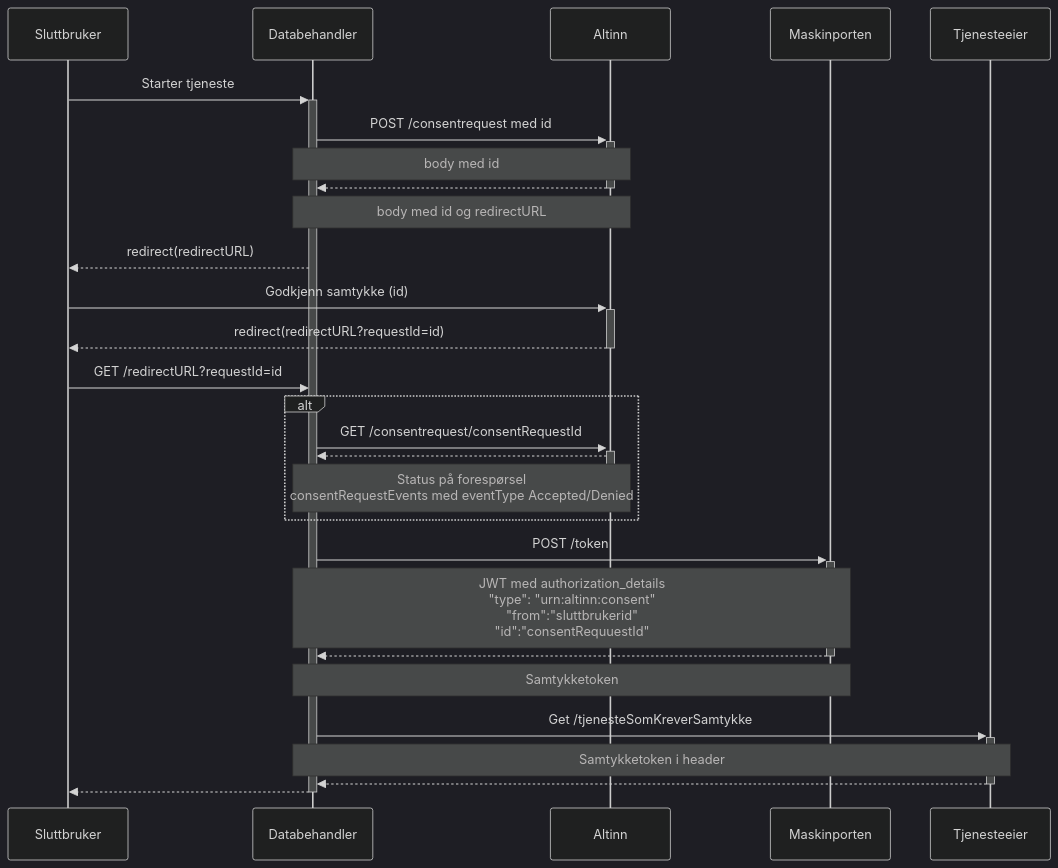
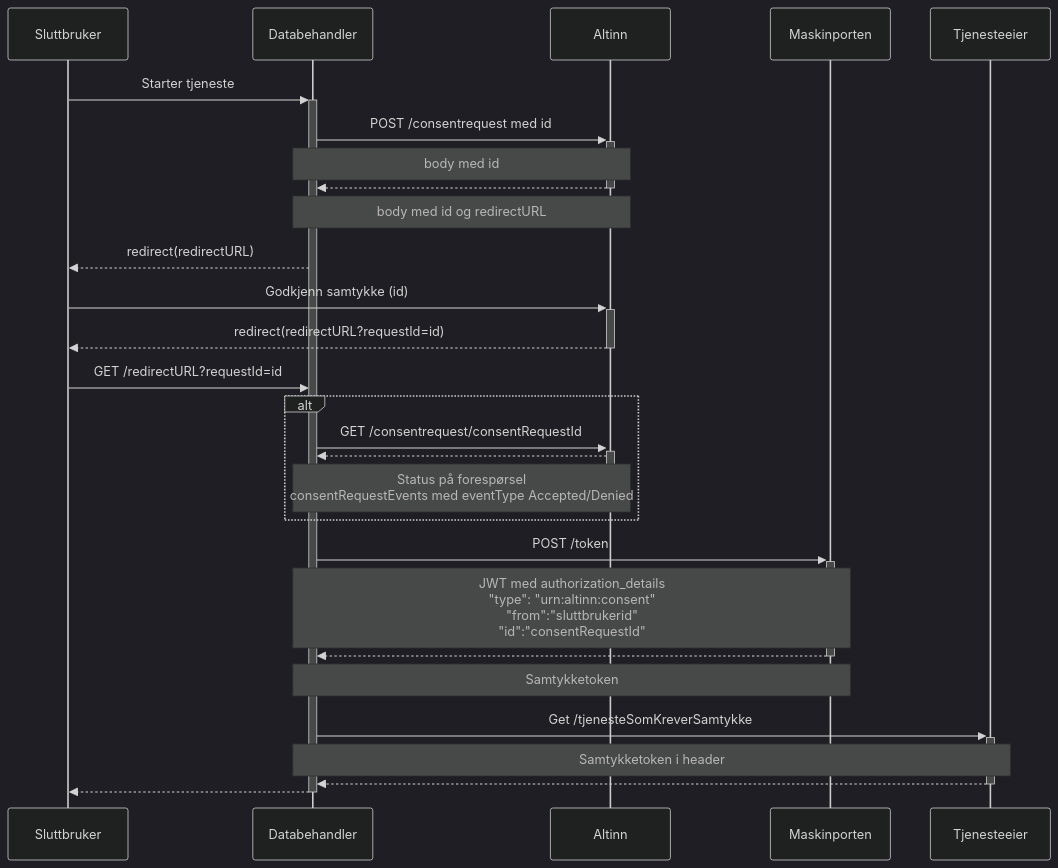
Before and after one commit to Altinn/altinn-studio-docs: the diagram in content/authorization/guides/system-vendor/consent/_index.nb.md, drawn with Mermaid (dark theme).

```diff
--- a/content/authorization/guides/system-vendor/consent/_index.nb.md
+++ b/content/authorization/guides/system-vendor/consent/_index.nb.md
@@ -21,25 +21,25 @@
 {{<mermaid>}}
 sequenceDiagram
 Sluttbruker->>+Databehandler:Starter tjeneste
 Databehandler->>+Altinn: POST /consentrequest med id
 Note over Databehandler,Altinn: body med id
 Altinn-->>-Databehandler:
 Note over Altinn, Databehandler:body med id og redirectURL
 Databehandler-->>Sluttbruker: redirect(redirectURL)
 Sluttbruker ->>+Altinn: Godkjenn samtykke (id)
 Altinn -->>- Sluttbruker: redirect(redirectURL?requestId=id)
 Sluttbruker->>Databehandler: GET /redirectURL?requestId=id
 Alt
 Databehandler->>+Altinn: GET /consentrequest/consentRequestId
 Altinn-->>-Databehandler:
 Note over Altinn, Databehandler: Status på forespørsel <br/> consentRequestEvents med eventType Accepted/Denied
 End
 Databehandler->>+Maskinporten: POST /token
-Note over Databehandler, Maskinporten: JWT med authorization_details <br/> "type": "urn:altinn:consent" <br/> "from":"sluttbrukerid"<br/> "id":"consentRequuestId"
+Note over Databehandler, Maskinporten: JWT med authorization_details <br/> "type": "urn:altinn:consent" <br/> "from":"sluttbrukerid"<br/> "id":"consentRequestId"
 Maskinporten-->>-Databehandler:
 Note over Maskinporten,Databehandler: Samtykketoken
 Databehandler->>+Tjenesteeier: Get /tjenesteSomKreverSamtykke
 Note over Databehandler, Tjenesteeier: Samtykketoken i header
 Tjenesteeier -->>- Databehandler:
 Databehandler-->>-Sluttbruker:
 {{< /mermaid >}}
```
